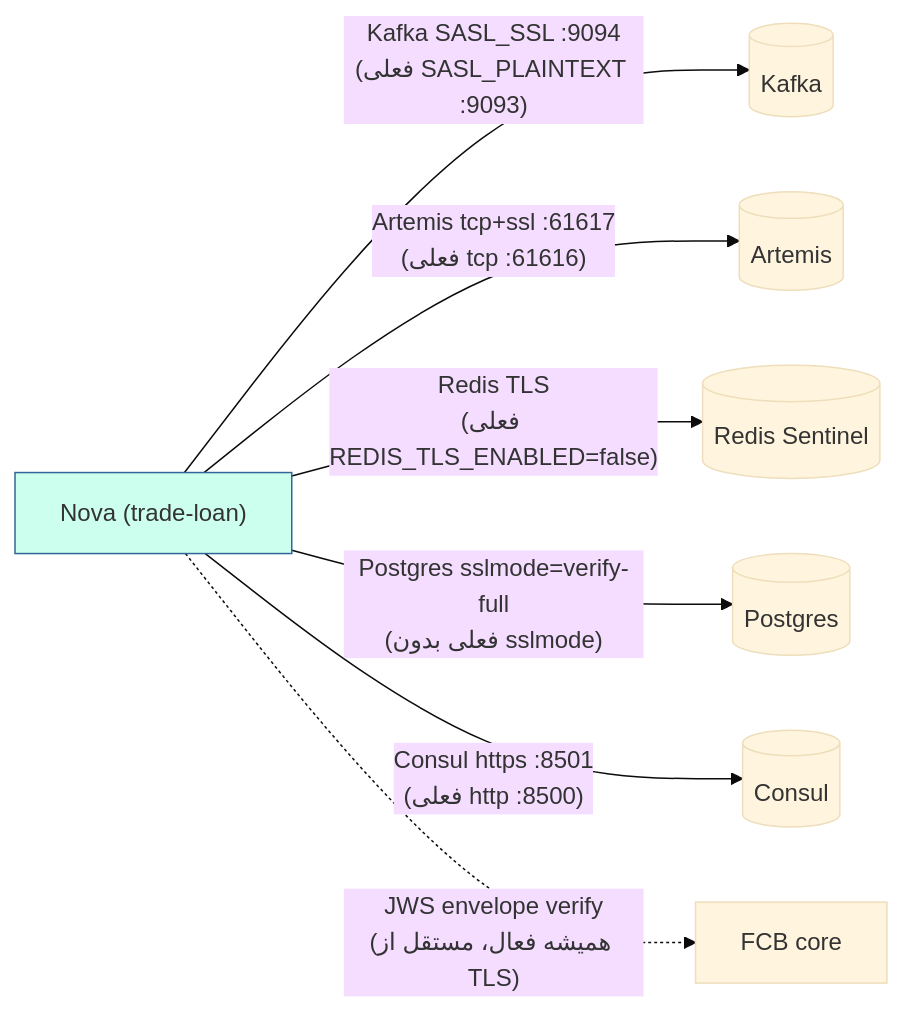
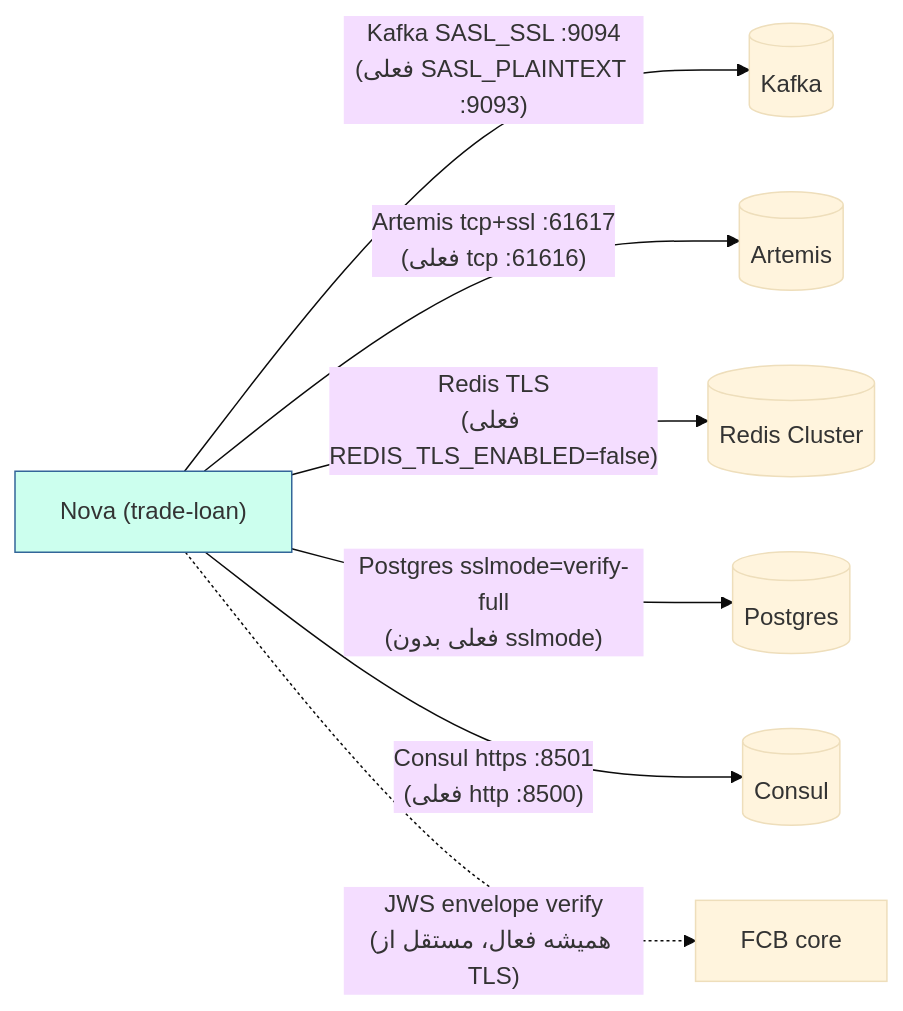
Before and after one commit to ghazalehjozani/nova: the diagram in documents/runbooks/RB-0006.nova-tls-ssl-hardening.md, drawn with Mermaid (base theme). The commit also changed other lines of this file and 33 other files, not shown here.

Commit message:
refactor(CBS-282143:LN-59636:LN-59637): Redis cluster migration

````diff
--- a/documents/runbooks/RB-0006.nova-tls-ssl-hardening.md
+++ b/documents/runbooks/RB-0006.nova-tls-ssl-hardening.md
@@ -213,11 +214,11 @@
 ```mermaid
 graph LR
     Nova["Nova (trade-loan)"]
     Nova -->|"Kafka SASL_SSL :9094<br/>(فعلی SASL_PLAINTEXT :9093)"| K[("Kafka")]
     Nova -->|"Artemis tcp+ssl :61617<br/>(فعلی tcp :61616)"| A[("Artemis")]
-    Nova -->|"Redis TLS<br/>(فعلی REDIS_TLS_ENABLED=false)"| R[("Redis Sentinel")]
+    Nova -->|"Redis TLS<br/>(فعلی REDIS_TLS_ENABLED=false)"| R[("Redis Cluster")]
     Nova -->|"Postgres sslmode=verify-full<br/>(فعلی بدون sslmode)"| P[("Postgres")]
     Nova -->|"Consul https :8501<br/>(فعلی http :8500)"| C[("Consul")]
     Nova -.->|"JWS envelope verify<br/>(همیشه فعال، مستقل از TLS)"| FCB["FCB core"]
     style Nova fill:#cfe,stroke:#369
 ```
````
